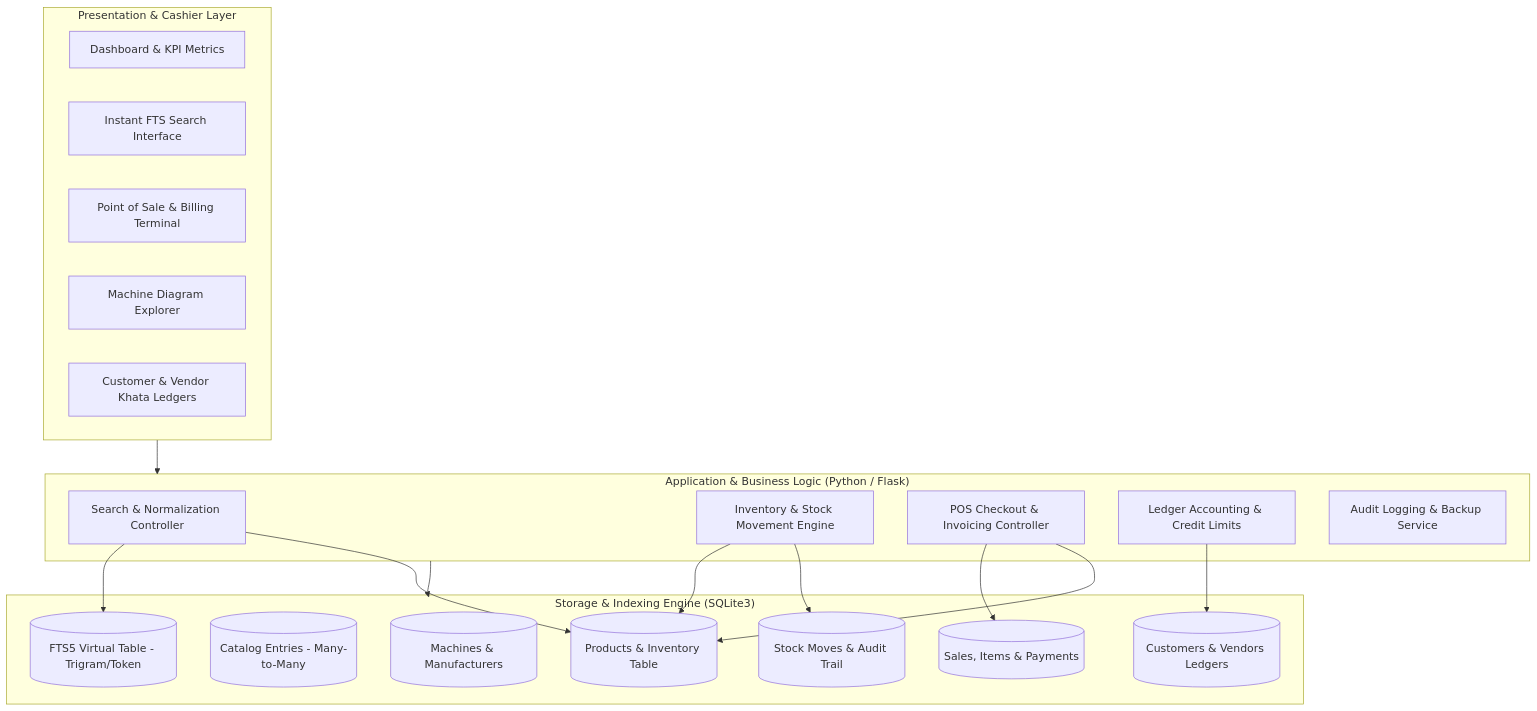
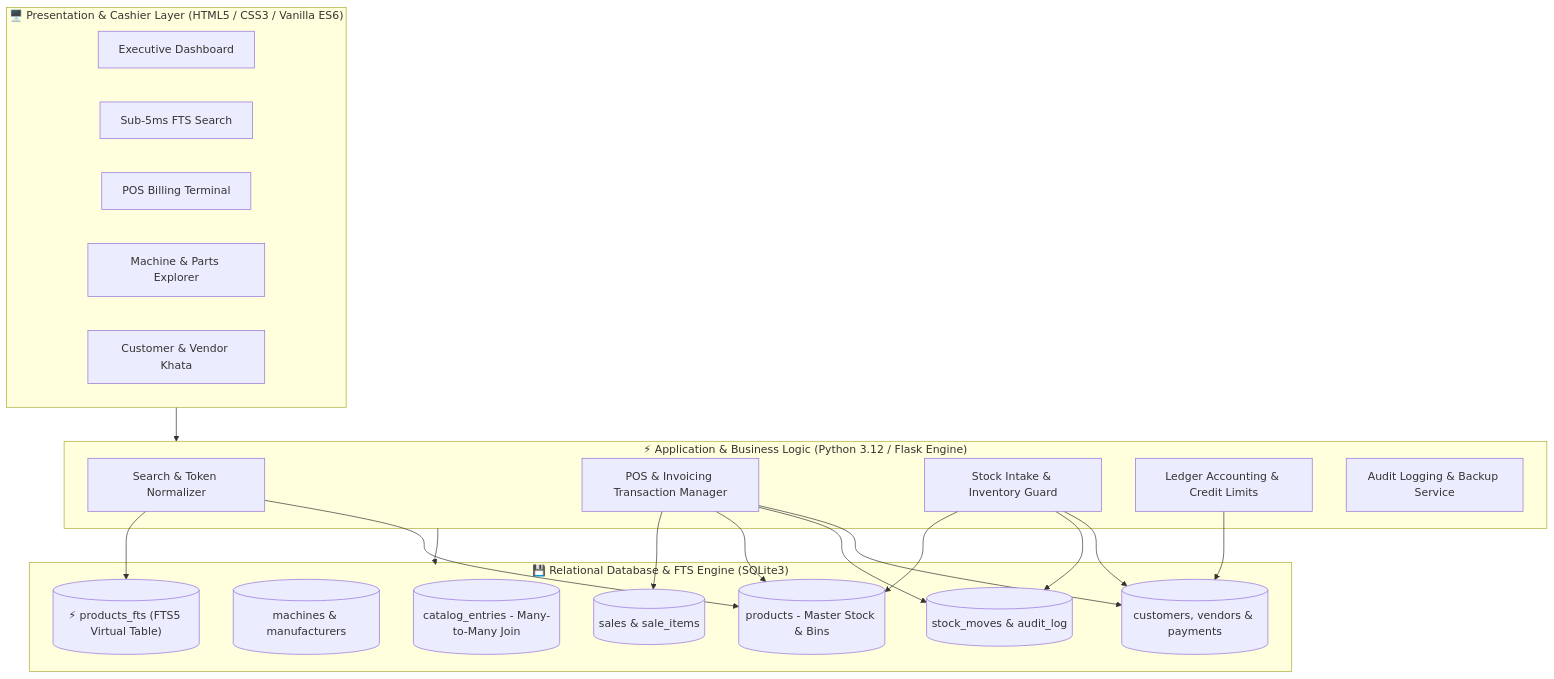
Before and after one commit to Emanyahyadev/Spare-Parts-Management-System: the first of 2 diagrams in README.md, drawn with Mermaid. The commit also changed other lines of this file, not shown here.

Commit message:
Enhance README: comprehensive UI walkthrough with screenshot technical breakdowns, metrics, and architecture

````diff
--- a/README.md
+++ b/README.md
@@ -150,38 +331,42 @@
 ```mermaid
 graph TD
-    subgraph UI ["Presentation & Cashier Layer"]
-        A1[Dashboard & KPI Metrics]
-        A2[Instant FTS Search Interface]
-        A3[Point of Sale & Billing Terminal]
-        A4[Machine Diagram Explorer]
-        A5[Customer & Vendor Khata Ledgers]
+    subgraph ClientLayer ["🖥️ Presentation & Cashier Layer (HTML5 / CSS3 / Vanilla ES6)"]
+        UI_Dash[Executive Dashboard]
+        UI_FTS[Sub-5ms FTS Search]
+        UI_POS[POS Billing Terminal]
+        UI_Cat[Machine & Parts Explorer]
+        UI_Ledger[Customer & Vendor Khata]
     end
 
-    subgraph AppServer ["Application & Business Logic (Python / Flask)"]
-        B1[Search & Normalization Controller]
-        B2[Inventory & Stock Movement Engine]
-        B3[POS Checkout & Invoicing Controller]
-        B4[Ledger Accounting & Credit Limits]
-        B5[Audit Logging & Backup Service]
+    subgraph AppLayer ["⚡ Application & Business Logic (Python 3.12 / Flask Engine)"]
+        Ctrl_Search[Search & Token Normalizer]
+        Ctrl_POS[POS & Invoicing Transaction Manager]
+        Ctrl_Stock[Stock Intake & Inventory Guard]
+        Ctrl_Khata[Ledger Accounting & Credit Limits]
+        Ctrl_Audit[Audit Logging & Backup Service]
     end
 
-    subgraph DataEngine ["Storage & Indexing Engine (SQLite3)"]
-        C1[(Products & Inventory Table)]
-        C2[(Catalog Entries - Many-to-Many)]
-        C3[(Machines & Manufacturers)]
-        C4[(Sales, Items & Payments)]
-        C5[(Customers & Vendors Ledgers)]
-        C6[(Stock Moves & Audit Trail)]
-        C7[(FTS5 Virtual Table - Trigram/Token)]
+    subgraph StorageLayer ["💾 Relational Database & FTS Engine (SQLite3)"]
+        DB_Prod[(products - Master Stock & Bins)]
+        DB_Mach[(machines & manufacturers)]
+        DB_CatEntry[(catalog_entries - Many-to-Many Join)]
+        DB_Sales[(sales & sale_items)]
+        DB_Khata[(customers, vendors & payments)]
+        DB_Moves[(stock_moves & audit_log)]
+        DB_FTS5[("⚡ products_fts (FTS5 Virtual Table)")]
     end
 
-    UI --> AppServer
-    AppServer --> DataEngine
-    B1 --> C7
-    B1 --> C1
-    B2 --> C1
-    B2 --> C6
-    B3 --> C4
-    B3 --> C1
-    B4 --> C5
+    ClientLayer --> AppLayer
+    AppLayer --> StorageLayer
+
+    Ctrl_Search --> DB_FTS5
+    Ctrl_Search --> DB_Prod
+    Ctrl_POS --> DB_Sales
+    Ctrl_POS --> DB_Prod
+    Ctrl_POS --> DB_Moves
+    Ctrl_POS --> DB_Khata
+    Ctrl_Stock --> DB_Prod
+    Ctrl_Stock --> DB_Moves
+    Ctrl_Stock --> DB_Khata
+    Ctrl_Khata --> DB_Khata
 ```
````
